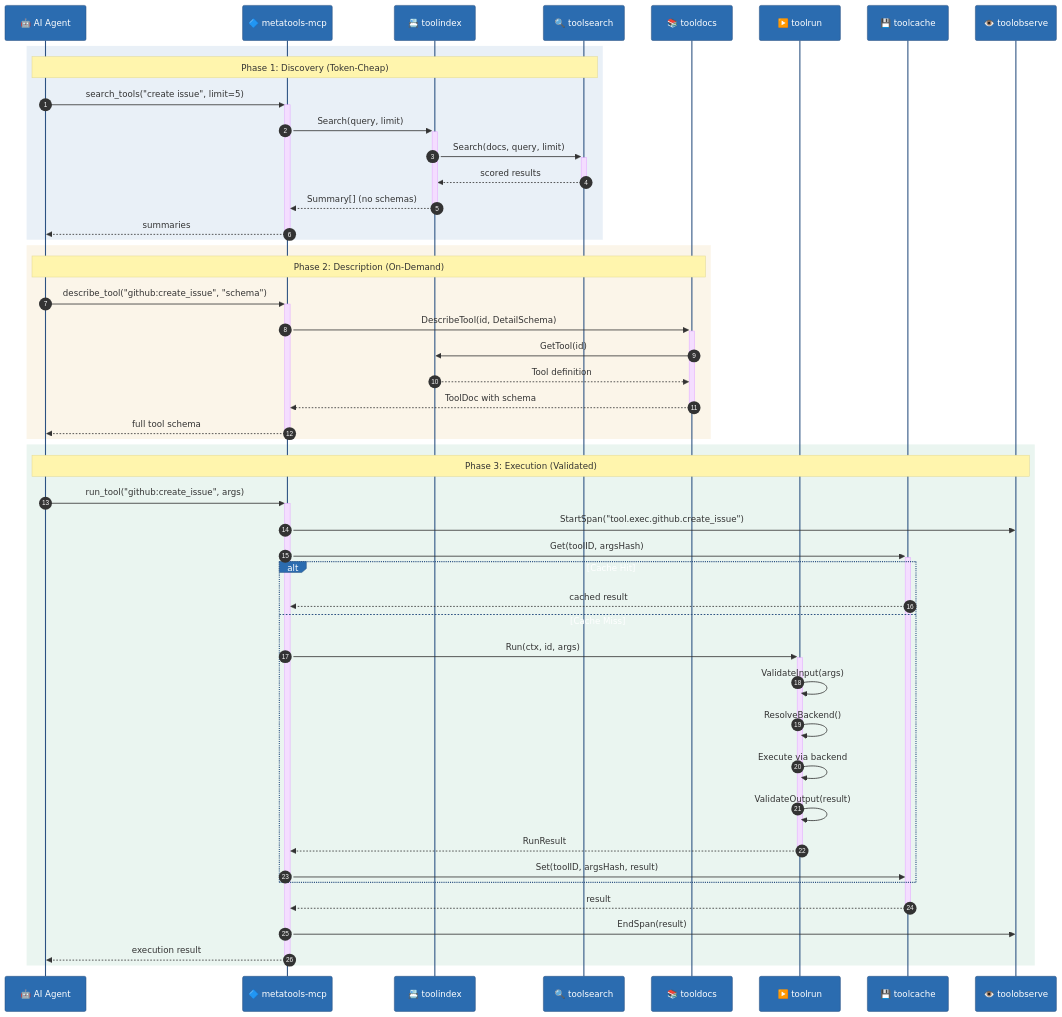
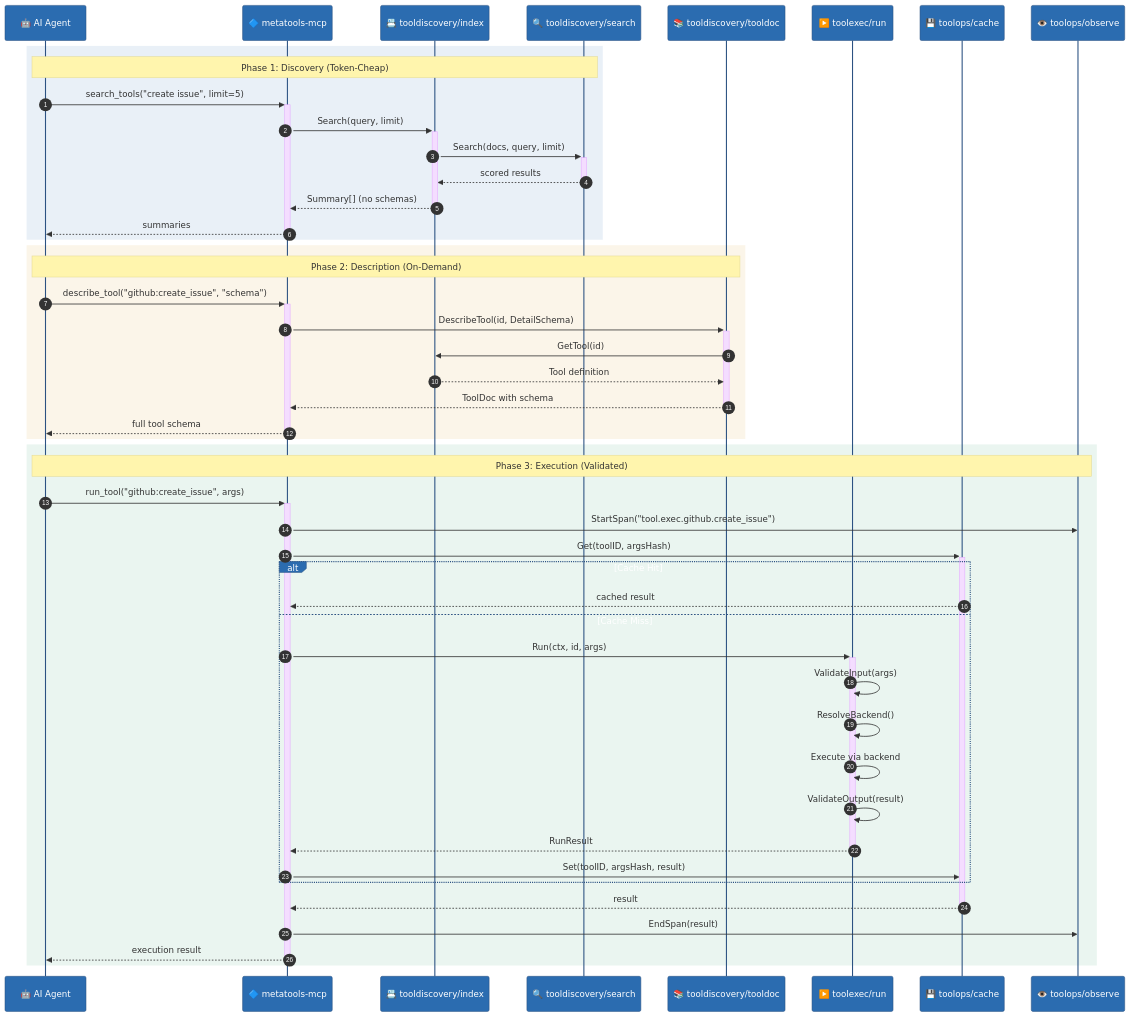
Before and after one commit to jonwraymond/ai-tools-stack: the first of 3 diagrams in docs/architecture/progressive-disclosure.md, drawn with Mermaid. The commit also changed other lines of this file and 30 other files, not shown here.

````diff
--- a/docs/architecture/progressive-disclosure.md
+++ b/docs/architecture/progressive-disclosure.md
@@ -17,55 +17,55 @@
 ```mermaid
 %%{init: {'theme': 'base', 'themeVariables': {'actorBkg': '#2b6cb0', 'actorTextColor': '#fff', 'actorBorder': '#2c5282'}}}%%
 sequenceDiagram
     autonumber
 
     participant Agent as 🤖 AI Agent
     participant MCP as 🔷 metatools-mcp
-    participant Index as 📇 toolindex
-    participant Search as 🔍 toolsearch
-    participant Docs as 📚 tooldocs
-    participant Run as ▶️ toolrun
-    participant Cache as 💾 toolcache
-    participant Observe as 👁️ toolobserve
+    participant Index as 📇 tooldiscovery/index
+    participant Search as 🔍 tooldiscovery/search
+    participant Docs as 📚 tooldiscovery/tooldoc
+    participant Run as ▶️ toolexec/run
+    participant Cache as 💾 toolops/cache
+    participant Observe as 👁️ toolops/observe
 
     rect rgb(43, 108, 176, 0.1)
         Note over Agent,Search: Phase 1: Discovery (Token-Cheap)
         Agent->>+MCP: search_tools("create issue", limit=5)
         MCP->>+Index: Search(query, limit)
         Index->>+Search: Search(docs, query, limit)
         Search-->>-Index: scored results
         Index-->>-MCP: Summary[] (no schemas)
         MCP-->>-Agent: summaries
     end
 
     rect rgb(214, 158, 46, 0.1)
         Note over Agent,Docs: Phase 2: Description (On-Demand)
         Agent->>+MCP: describe_tool("github:create_issue", "schema")
         MCP->>+Docs: DescribeTool(id, DetailSchema)
         Docs->>Index: GetTool(id)
         Index-->>Docs: Tool definition
         Docs-->>-MCP: ToolDoc with schema
         MCP-->>-Agent: full tool schema
     end
 
     rect rgb(56, 161, 105, 0.1)
         Note over Agent,Observe: Phase 3: Execution (Validated)
         Agent->>+MCP: run_tool("github:create_issue", args)
         MCP->>Observe: StartSpan("tool.exec.github.create_issue")
         MCP->>+Cache: Get(toolID, argsHash)
         alt Cache Hit
             Cache-->>MCP: cached result
         else Cache Miss
             MCP->>+Run: Run(ctx, id, args)
             Run->>Run: ValidateInput(args)
             Run->>Run: ResolveBackend()
             Run->>Run: Execute via backend
             Run->>Run: ValidateOutput(result)
             Run-->>-MCP: RunResult
             MCP->>Cache: Set(toolID, argsHash, result)
         end
         Cache-->>-MCP: result
         MCP->>Observe: EndSpan(result)
         MCP-->>-Agent: execution result
     end
 ```
````
